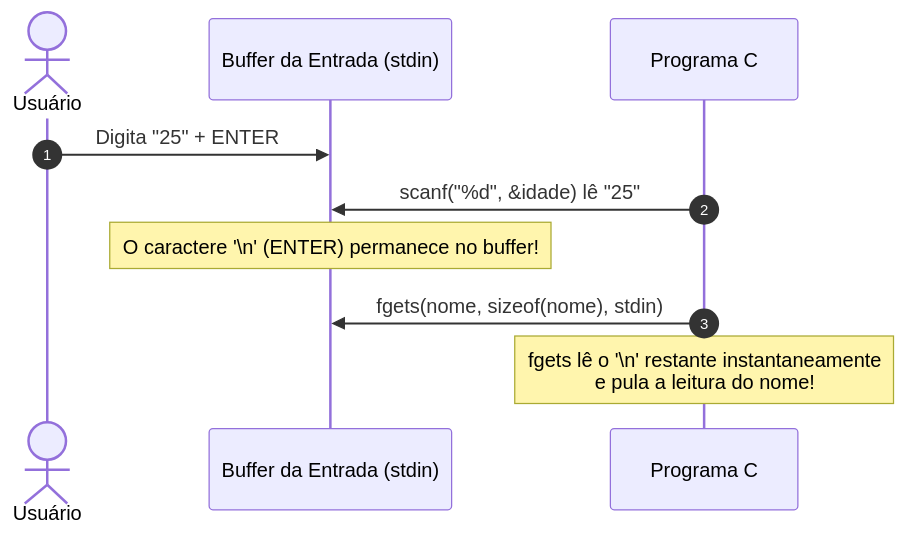
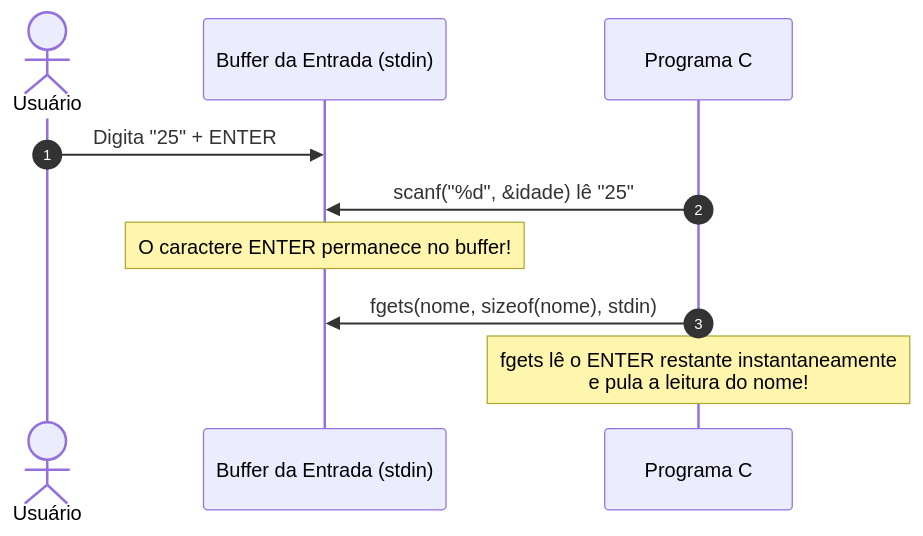
One commit to jaquellinef/linguagem_de_programacao changed the third of 3 diagrams in Aula06_Strings.md. Above: the diagram before and after it, drawn with Mermaid. The commit also changed other lines of this file, not shown here.

````diff
--- a/Aula06_Strings.md
+++ b/Aula06_Strings.md
@@ -109,13 +104,13 @@
 ```mermaid
 sequenceDiagram
     autonumber
     actor U as Usuário
     participant B as Buffer da Entrada (stdin)
     participant C as Programa C
 
     U->>B: Digita "25" + ENTER
     C->>B: scanf("%d", &idade) lê "25"
-    Note over B: O caractere '\n' (ENTER) permanece no buffer!
+    Note over B: O caractere ENTER permanece no buffer!
     C->>B: fgets(nome, sizeof(nome), stdin)
-    Note over C: fgets lê o '\n' restante instantaneamente<br/>e pula a leitura do nome!
+    Note over C: fgets lê o ENTER restante instantaneamente<br/>e pula a leitura do nome!
 ```
````
